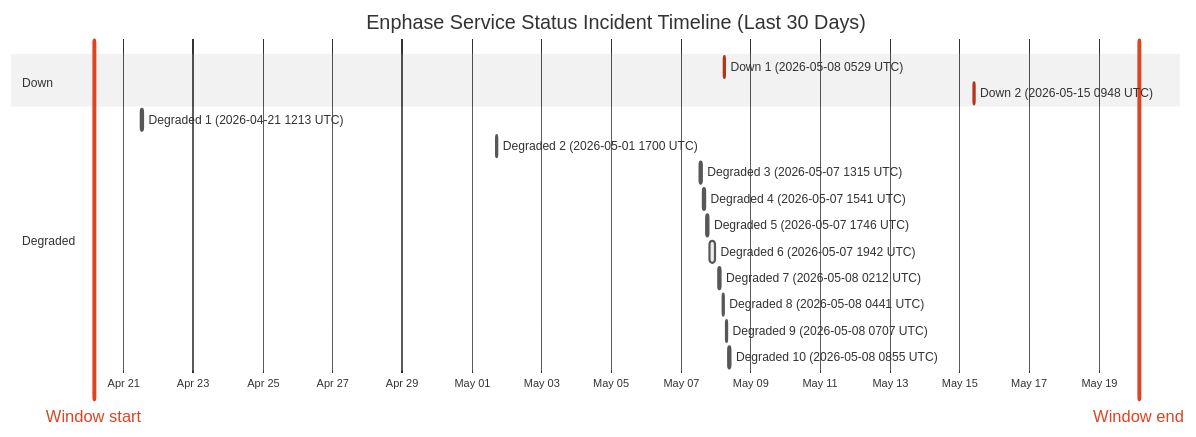
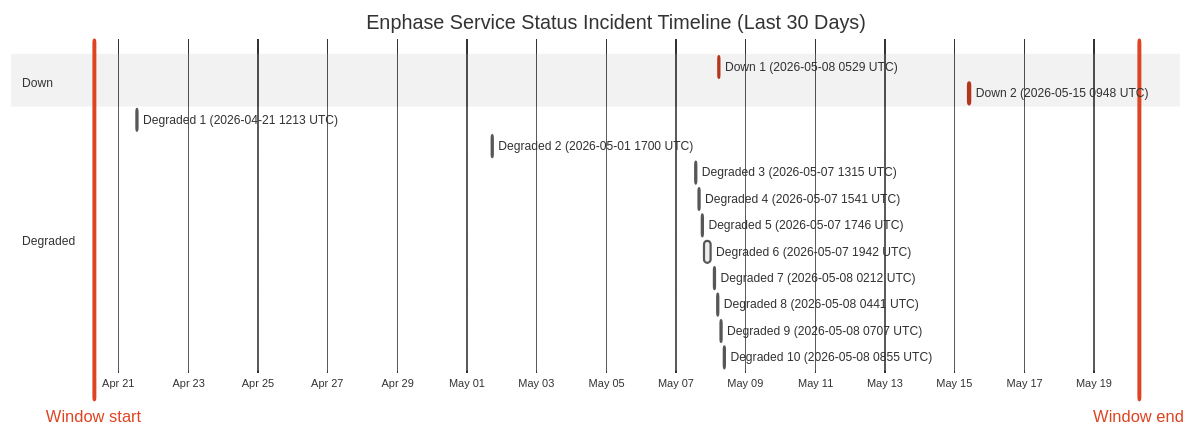
One commit to barneyonline/ha-enphase-ev-charger changed the diagram in wiki/Service-Status-History.md. Above: the diagram before and after it, drawn with Mermaid (neutral theme). The commit also changed other lines of this file and 3 other files, not shown here.

````diff
--- a/wiki/Service-Status-History.md
+++ b/wiki/Service-Status-History.md
@@ -14,22 +14,22 @@
 ```mermaid
 gantt
     title Enphase Service Status Incident Timeline (Last 30 Days)
     dateFormat  YYYY-MM-DDTHH:mm:ss
     axisFormat  %b %d
-    Window start :vert, window-start, 2026-04-20T03:29:23, 0ms
-    Window end :vert, window-end, 2026-05-20T03:29:23, 0ms
+    Window start :vert, window-start, 2026-04-20T07:01:29, 0ms
+    Window end :vert, window-end, 2026-05-20T07:01:29, 0ms
     section Down
     Down 1 (2026-05-08 0529 UTC) :crit, down-1, 2026-05-08T05:29:47, 60m
     Down 2 (2026-05-15 0948 UTC) :crit, down-2, 2026-05-15T09:48:18, 60m
     section Degraded
     Degraded 1 (2026-04-21 1213 UTC) :active, degraded-1, 2026-04-21T12:13:11, 60m
     Degraded 2 (2026-05-01 1700 UTC) :active, degraded-2, 2026-05-01T17:00:22, 60m
     Degraded 3 (2026-05-07 1315 UTC) :active, degraded-3, 2026-05-07T13:15:25, 60m
     Degraded 4 (2026-05-07 1541 UTC) :active, degraded-4, 2026-05-07T15:41:58, 60m
     Degraded 5 (2026-05-07 1746 UTC) :active, degraded-5, 2026-05-07T17:46:51, 60m
     Degraded 6 (2026-05-07 1942 UTC) :active, degraded-6, 2026-05-07T19:42:10, 249m
     Degraded 7 (2026-05-08 0212 UTC) :active, degraded-7, 2026-05-08T02:12:39, 60m
     Degraded 8 (2026-05-08 0441 UTC) :active, degraded-8, 2026-05-08T04:41:46, 60m
     Degraded 9 (2026-05-08 0707 UTC) :active, degraded-9, 2026-05-08T07:07:30, 60m
     Degraded 10 (2026-05-08 0855 UTC) :active, degraded-10, 2026-05-08T08:55:20, 88m
 ```
````
